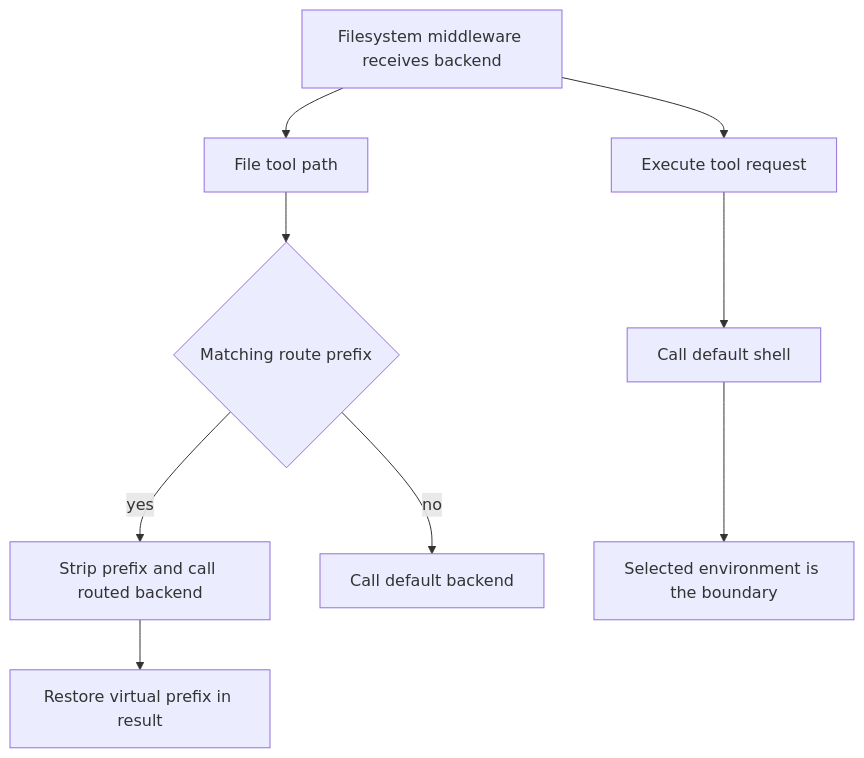
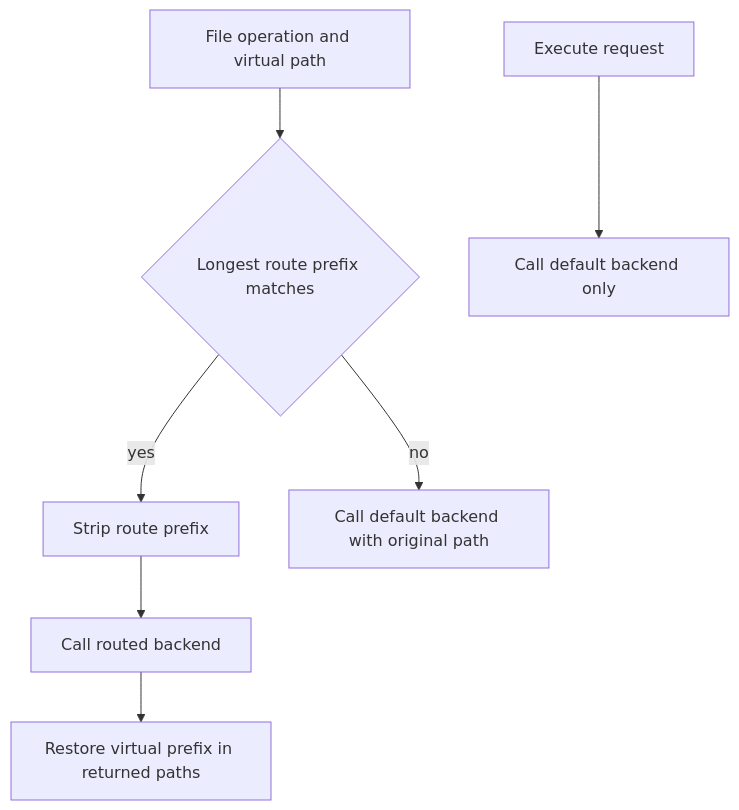
One commit to langchain-ai/deepagents changed the first of 2 diagrams in openwiki/concepts/backends.md. Above: the diagram before and after it, drawn with Mermaid. The commit also changed other lines of this file and 28 other files, not shown here.

````diff
--- a/openwiki/concepts/backends.md
+++ b/openwiki/concepts/backends.md
@@ -43,17 +33,9 @@
 ```mermaid
 flowchart TD
-    Start["Filesystem middleware receives backend"]
-    FilePath["File tool path"]
-    Route{"Matching route prefix"}
-    Routed["Strip prefix and call routed backend"]
-    Fallback["Call default backend"]
-    Restore["Restore virtual prefix in result"]
-    Execute["Execute tool request"]
-    Shell["Call default shell"]
-    Boundary["Selected environment is the boundary"]
-    Start --> FilePath
-    FilePath --> Route
-    Route -->|yes| Routed --> Restore
-    Route -->|no| Fallback
-    Start --> Execute --> Shell --> Boundary
+    Input["File operation and virtual path"] --> Match{"Longest route prefix matches"}
+    Match -->|yes| Strip["Strip route prefix"]
+    Strip --> Routed["Call routed backend"]
+    Routed --> Restore["Restore virtual prefix in returned paths"]
+    Match -->|no| Default["Call default backend with original path"]
+    Command["Execute request"] --> Shell["Call default backend only"]
 ```
````
